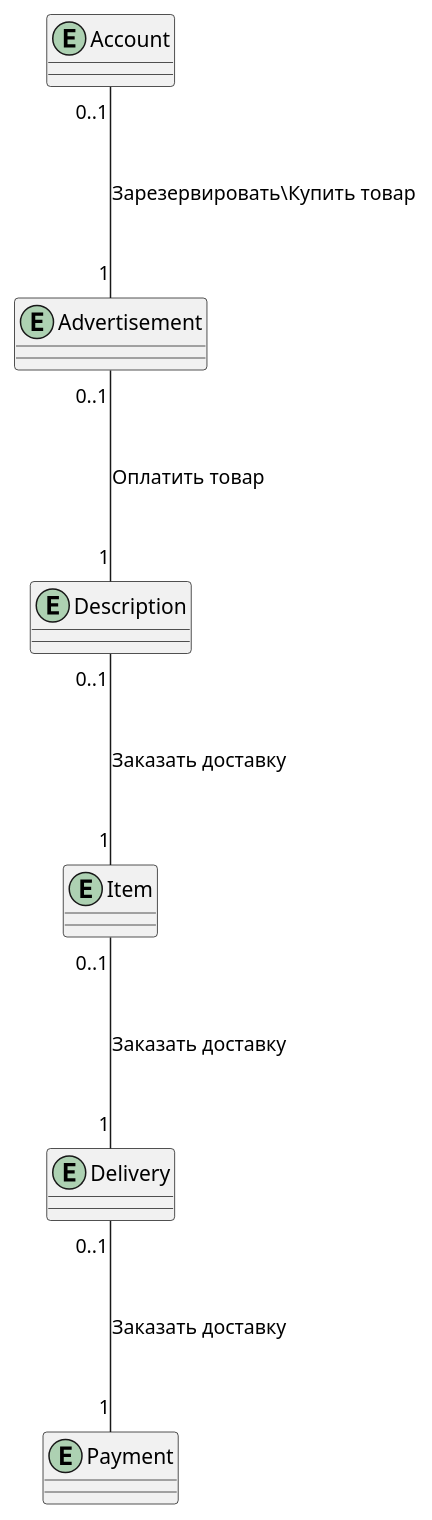
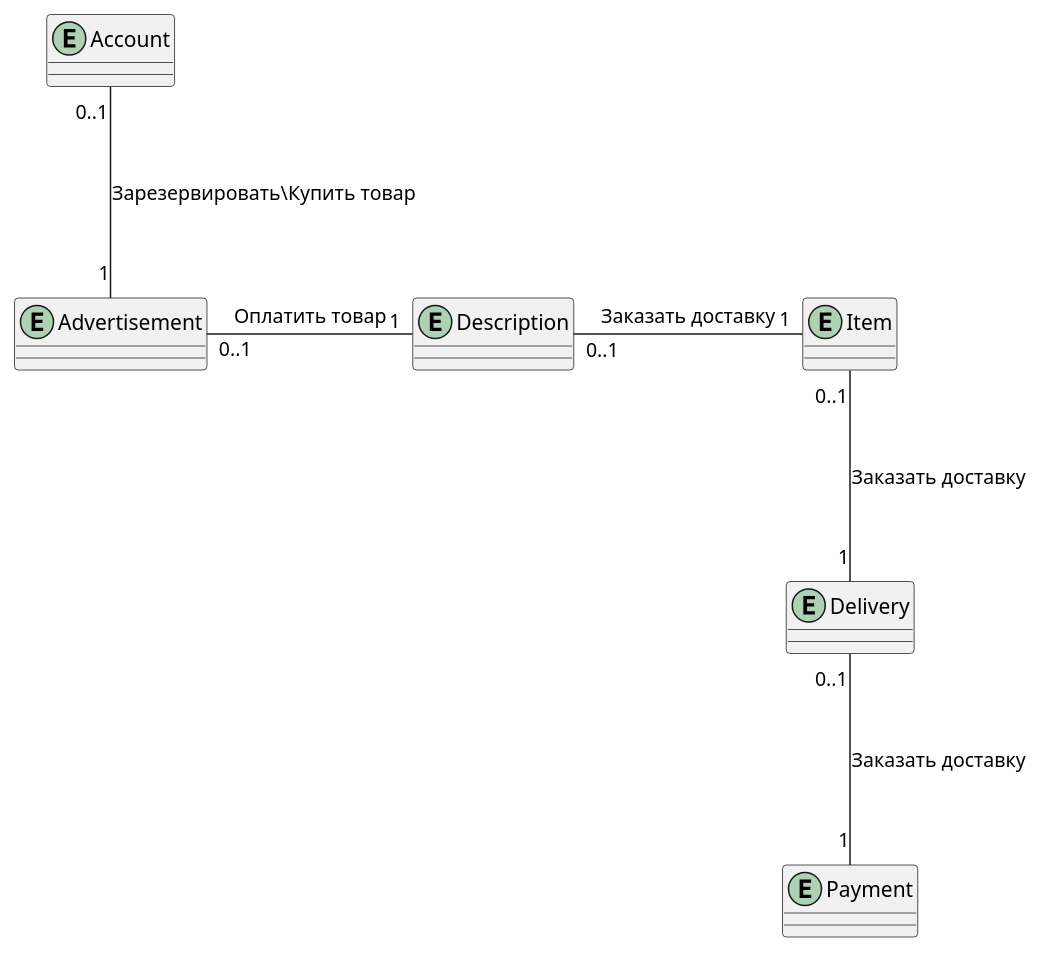
The diagram in Модель предметной области.md (penamarth/bsbo-01-22_team1_var13), drawn with PlantUML before and after one commit.

Commit message:
Update Модель предметной области.md

````diff
--- a/Модель предметной области.md
+++ b/Модель предметной области.md
@@ -1,49 +1,49 @@
 ```plantuml
 @startuml
 
 
 entity Account
 {
   
 }
 
 entity Advertisement
 {
     
     
 }
 
 entity Payment
 {
     
 }
 
 entity Delivery
 {
     
 }
 
 entity Item
 {
     
 }
 
 entity Description
 {
     
 }
 
 Account "0..1" -down-- "1" Advertisement : Зарезервировать\Купить товар
 
-Advertisement "0..1" -down-- "1" Description : Оплатить товар
-Description "0..1" -down-- "1" Item : Заказать доставку
+Advertisement "0..1" -right-- "1" Description : Оплатить товар
+Description "0..1" -right-- "1" Item : Заказать доставку
 
 Item "0..1" -down-- "1" Delivery : Заказать доставку
 
 Delivery "0..1" -down-- "1" Payment : Заказать доставку
 
 
 
 
 @enduml
 ```
````
